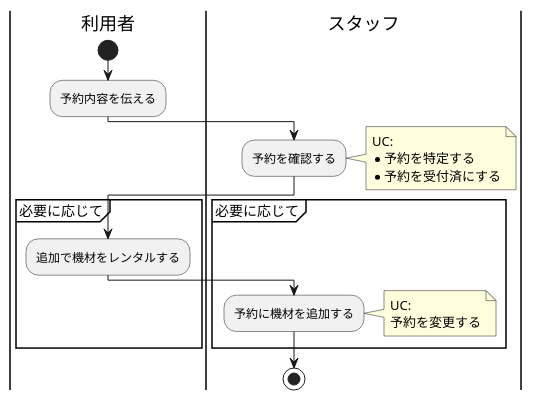
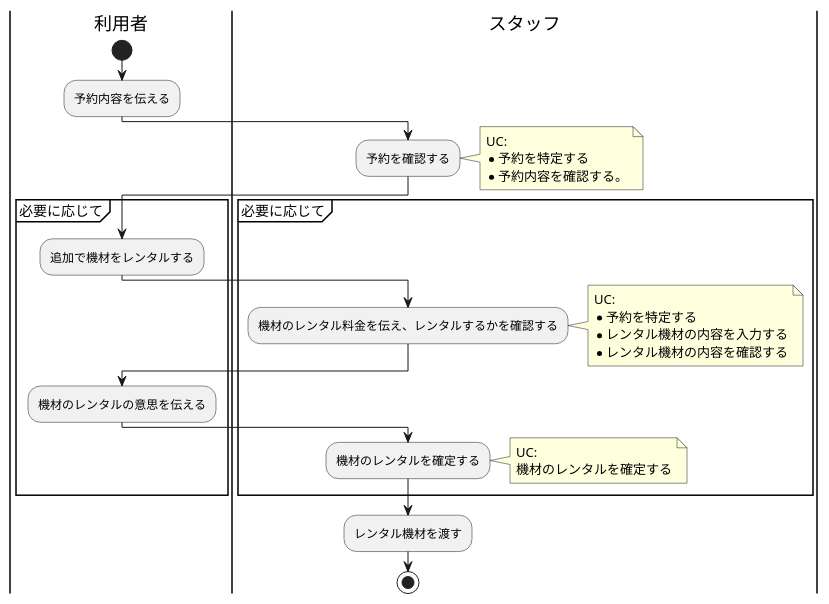
Before and after one commit to TakashiOnawa/ddd-practice-studio-reservation: the diagram in modeling/BusinessFlow_スタジオ利用_受付.pu, drawn with PlantUML. The commit also changed 24 other files, not shown here.

```diff
--- a/modeling/BusinessFlow_スタジオ利用_受付.pu
+++ b/modeling/BusinessFlow_スタジオ利用_受付.pu
@@ -1,29 +1,44 @@
 @startuml BusinessFlow
 
 |利用者|
 start
 :予約内容を伝える;
 
 |スタッフ|
 :予約を確認する;
 note right
 UC:
 * 予約を特定する
-* 予約を受付済にする
+* 予約内容を確認する。
 end note
 
 partition 必要に応じて {
     |利用者|
     :追加で機材をレンタルする;
 
     |スタッフ|
-    :予約に機材を追加する;
+    :機材のレンタル料金を伝え、レンタルするかを確認する;
     note right
     UC:
-    予約を変更する
+    * 予約を特定する
+    * レンタル機材の内容を入力する
+    * レンタル機材の内容を確認する
+    end note
+
+    |利用者|
+    :機材のレンタルの意思を伝える;
+
+    |スタッフ|
+    :機材のレンタルを確定する;
+    note right
+    UC:
+    機材のレンタルを確定する
     end note
 }
+
+|スタッフ|
+:レンタル機材を渡す;
 
 stop
 
 @enduml
```
